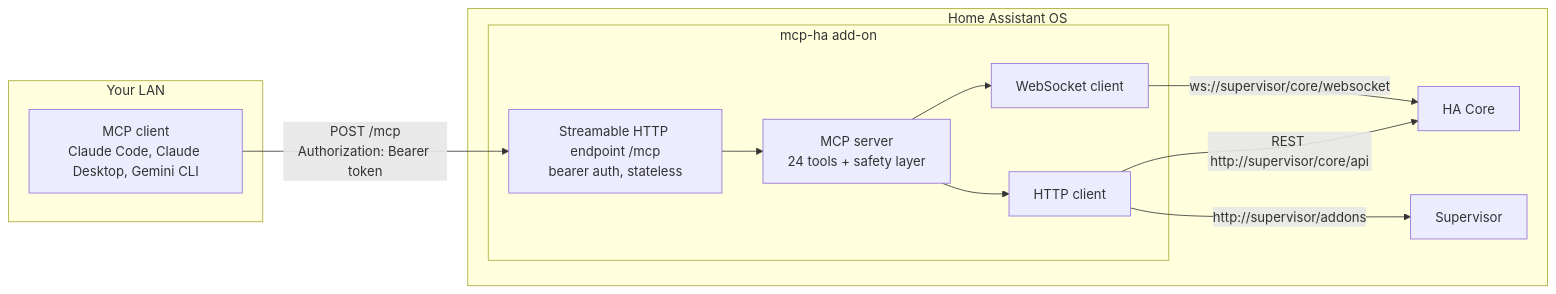
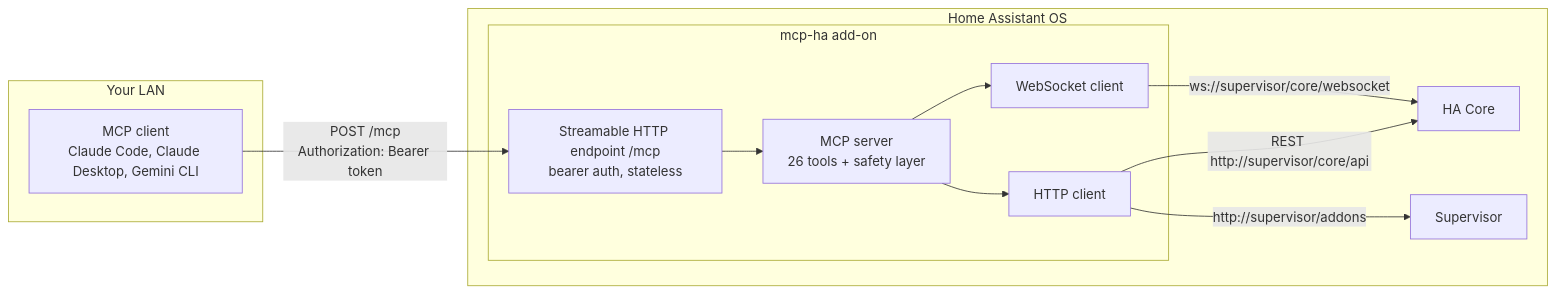
The first of 3 diagrams in docs/reference/architecture.md (Devitek/mcp-ha), drawn with Mermaid before and after one commit. The commit also changed 29 other files, not shown here.

````diff
--- a/docs/reference/architecture.md
+++ b/docs/reference/architecture.md
@@ -7,23 +7,23 @@
 ```mermaid
 flowchart LR
   subgraph lan["Your LAN"]
     C["MCP client<br/>Claude Code, Claude Desktop, Gemini CLI"]
   end
   subgraph haos["Home Assistant OS"]
     subgraph addon["mcp-ha add-on"]
       T["Streamable HTTP endpoint /mcp<br/>bearer auth, stateless"]
-      S["MCP server<br/>24 tools + safety layer"]
+      S["MCP server<br/>26 tools + safety layer"]
       W["WebSocket client"]
       H["HTTP client"]
       T --> S
       S --> W
       S --> H
     end
     CORE["HA Core"]
     SUP["Supervisor"]
     W -->|"ws://supervisor/core/websocket"| CORE
     H -->|"REST http://supervisor/core/api"| CORE
     H -->|"http://supervisor/addons"| SUP
   end
   C -->|"POST /mcp<br/>Authorization: Bearer token"| T
 ```
````
